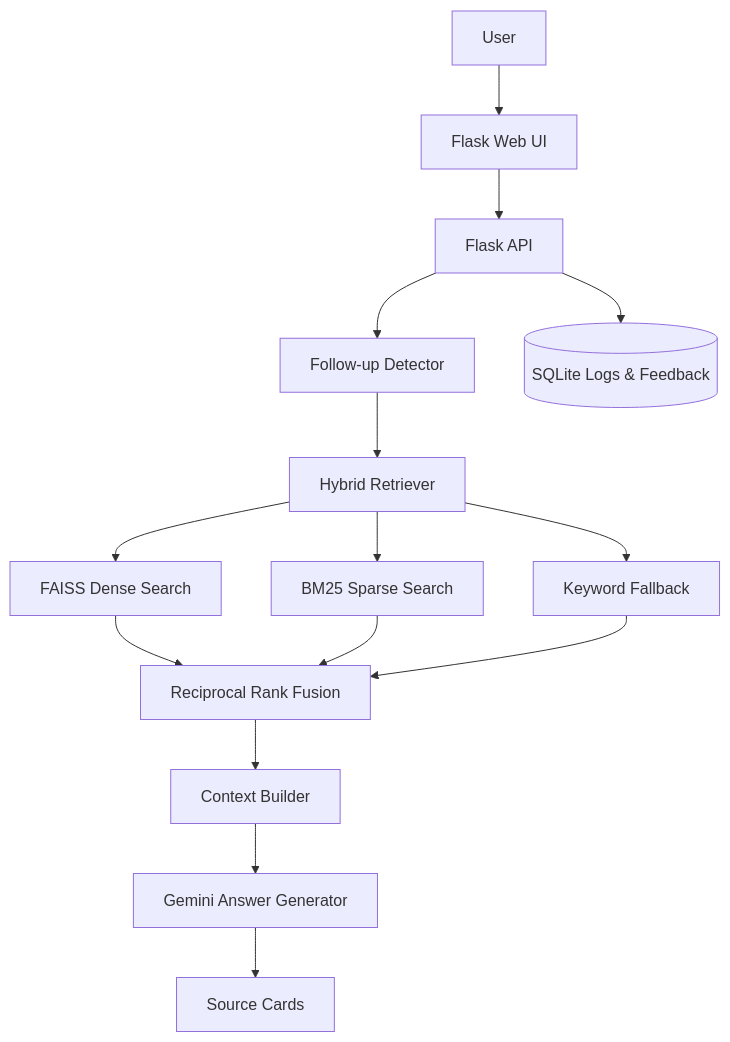
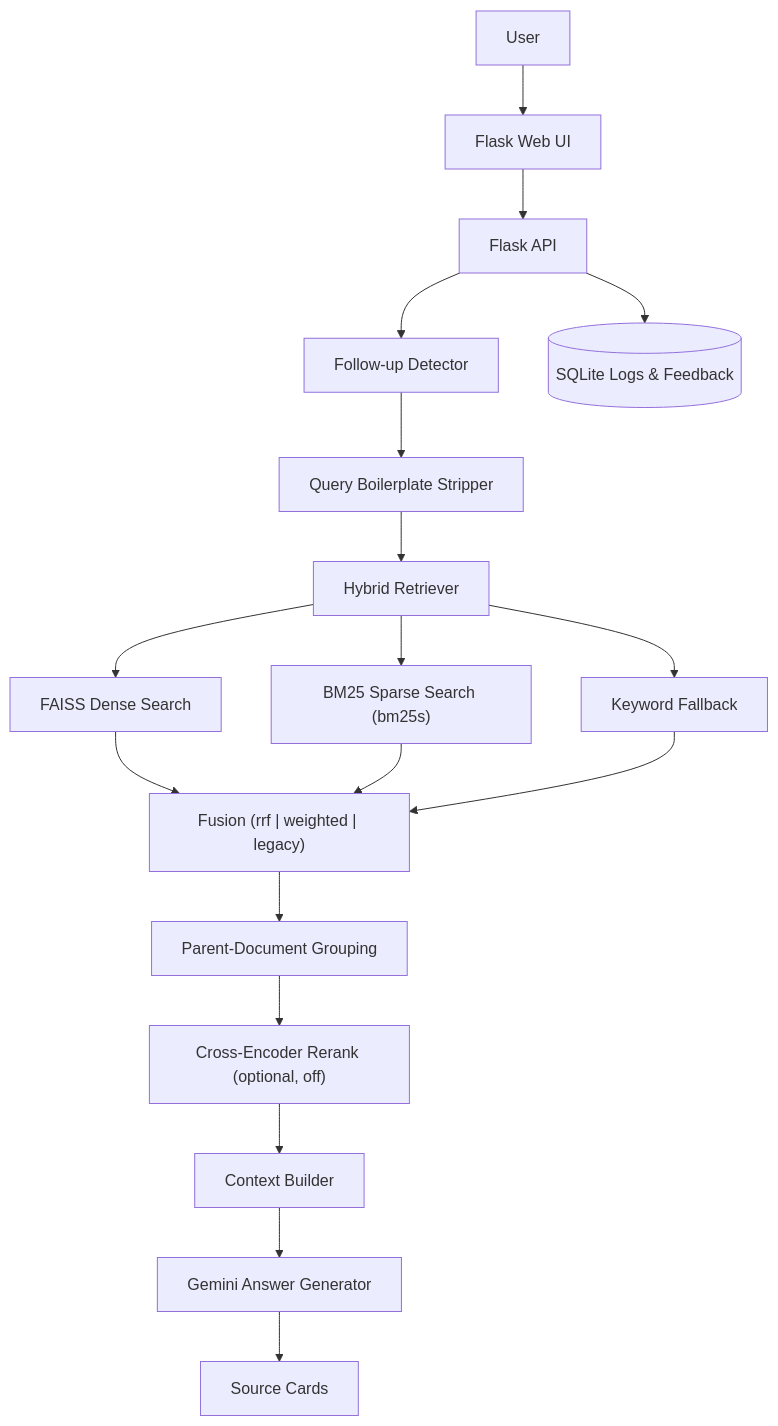
Before and after one commit to drpie143/egov_chatbot_new_version: the diagram in README.md, drawn with Mermaid. The commit also changed other lines of this file and 9 other files, not shown here.

````diff
--- a/README.md
+++ b/README.md
@@ -32,17 +115,20 @@
 ```mermaid
 flowchart TD
     U[User] --> UI[Flask Web UI]
     UI --> API[Flask API]
     API --> FD[Follow-up Detector]
-    FD --> R[Hybrid Retriever]
+    FD --> QR[Query Boilerplate Stripper]
+    QR --> R[Hybrid Retriever]
     R --> D[FAISS Dense Search]
-    R --> S[BM25 Sparse Search]
+    R --> S["BM25 Sparse Search (bm25s)"]
     R --> K[Keyword Fallback]
-    D --> F[Reciprocal Rank Fusion]
+    D --> F["Fusion (rrf | weighted | legacy)"]
     S --> F
     K --> F
-    F --> C[Context Builder]
+    F --> G[Parent-Document Grouping]
+    G --> RR["Cross-Encoder Rerank (optional, off)"]
+    RR --> C[Context Builder]
     C --> LLM[Gemini Answer Generator]
     LLM --> SRC[Source Cards]
     API --> DB[(SQLite Logs & Feedback)]
 ```
````
